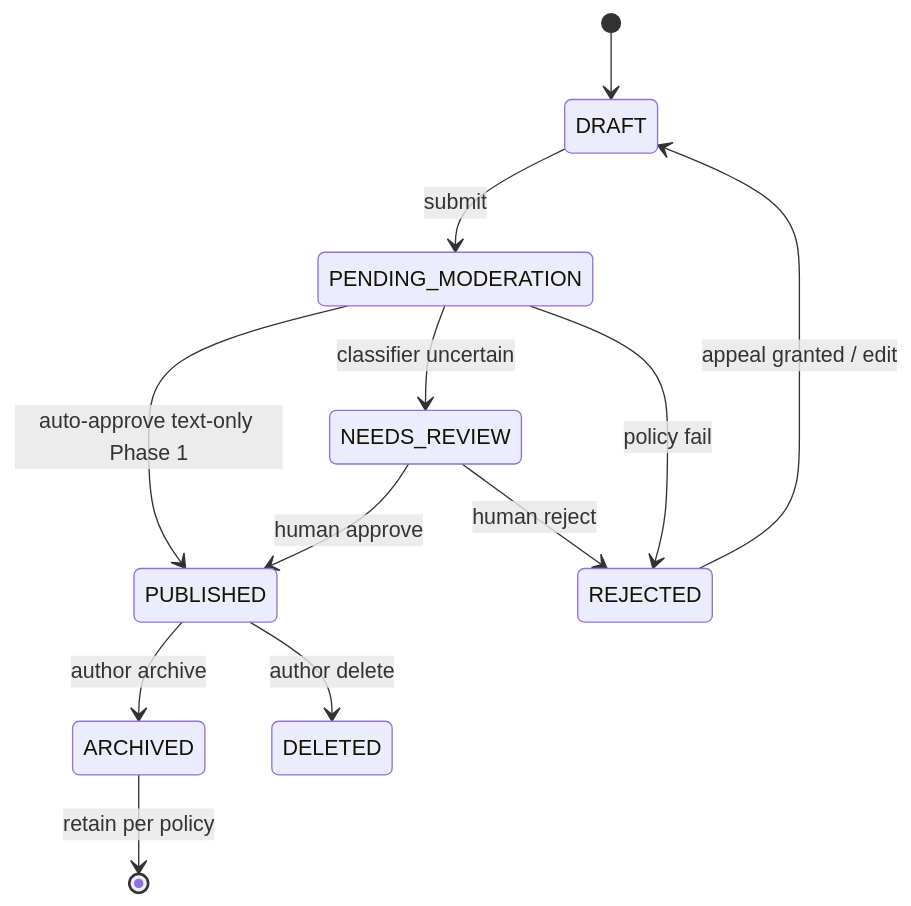
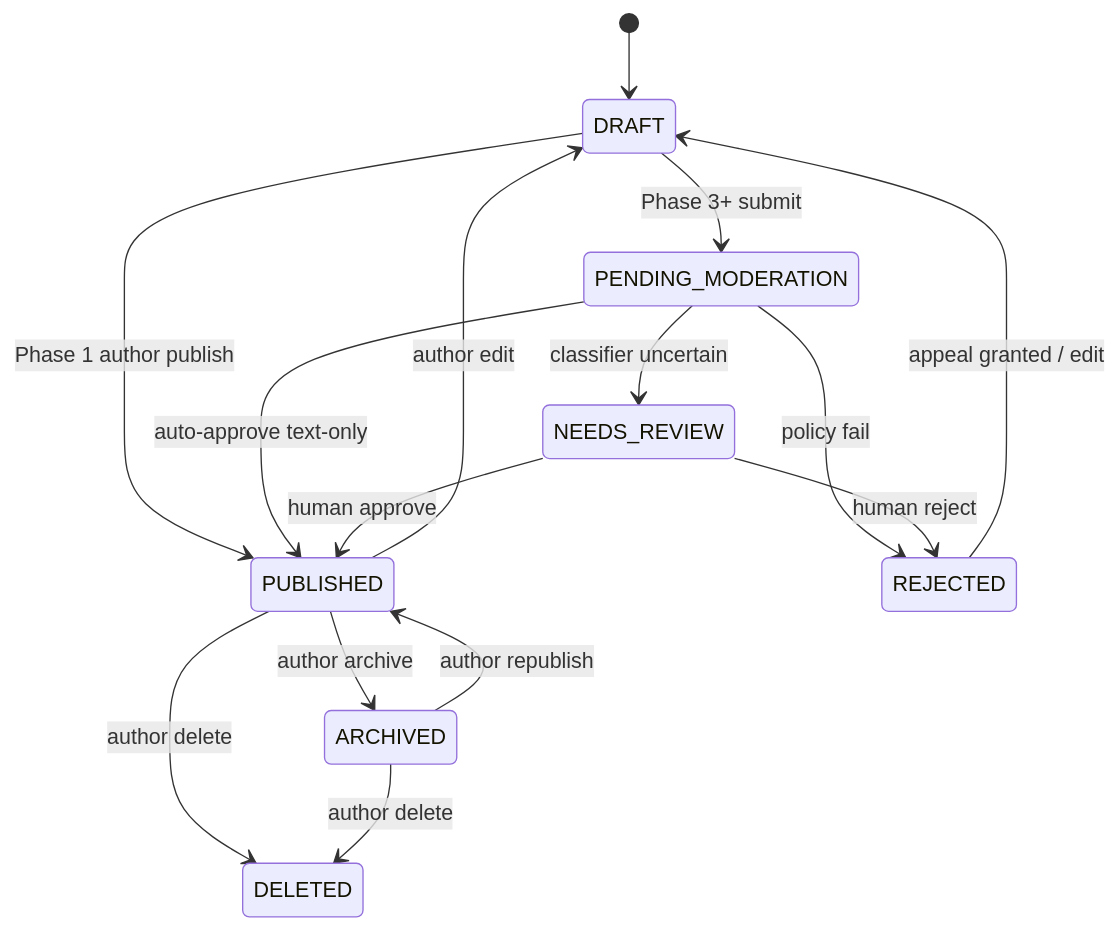
One commit to alex-rahi/FindShare changed the first of 2 diagrams in docs/moderation-pipeline.md. Above: the diagram before and after it, drawn with Mermaid. The commit also changed 41 other files, not shown here.

First line of the commit message:
Complete Phase 1 as invitation-only and add the interview package.

````diff
--- a/docs/moderation-pipeline.md
+++ b/docs/moderation-pipeline.md
@@ -9,14 +9,17 @@
 ```mermaid
 stateDiagram-v2
   [*] --> DRAFT
-  DRAFT --> PENDING_MODERATION: submit
-  PENDING_MODERATION --> PUBLISHED: auto-approve text-only Phase 1
+  DRAFT --> PUBLISHED: Phase 1 author publish
+  DRAFT --> PENDING_MODERATION: Phase 3+ submit
+  PENDING_MODERATION --> PUBLISHED: auto-approve text-only
   PENDING_MODERATION --> NEEDS_REVIEW: classifier uncertain
   PENDING_MODERATION --> REJECTED: policy fail
   NEEDS_REVIEW --> PUBLISHED: human approve
   NEEDS_REVIEW --> REJECTED: human reject
   PUBLISHED --> ARCHIVED: author archive
+  PUBLISHED --> DRAFT: author edit
   PUBLISHED --> DELETED: author delete
+  ARCHIVED --> PUBLISHED: author republish
+  ARCHIVED --> DELETED: author delete
   REJECTED --> DRAFT: appeal granted / edit
-  ARCHIVED --> [*]: retain per policy
 ```
````
